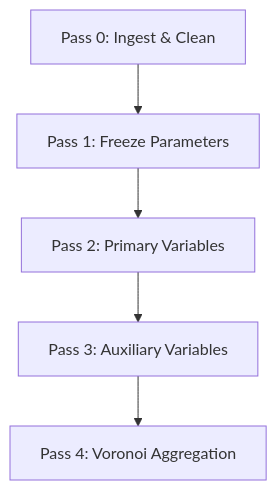
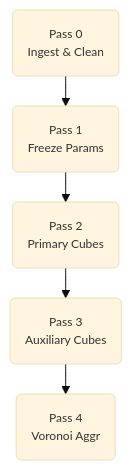
The diagram in docs/decisions/ADR-00008-weather-imputation-dag-and-anti-leakage-.md (CamiloEmiliano/ercot-voronoi-load), drawn with Mermaid before and after one commit.

Commit message:
Configure Mermaid flowchart theme and padding in ADR-00008

````diff
--- a/docs/decisions/ADR-00008-weather-imputation-dag-and-anti-leakage-.md
+++ b/docs/decisions/ADR-00008-weather-imputation-dag-and-anti-leakage-.md
@@ -37,10 +37,11 @@
 ```mermaid
+%%{init: {'theme': 'base', 'themeVariables': { 'fontSize': '12px' }, 'flowchart': { 'nodeSpacing': 20, 'rankSpacing': 30, 'padding': 15 }}}%%
 flowchart TD
-    P0["Pass 0: Ingest & Clean"]
-    P1["Pass 1: Freeze Parameters"]
-    P2["Pass 2: Primary Variables"]
-    P3["Pass 3: Auxiliary Variables"]
-    P4["Pass 4: Voronoi Aggregation"]
+    P0("Pass 0<br/>Ingest & Clean")
+    P1("Pass 1<br/>Freeze Params")
+    P2("Pass 2<br/>Primary Cubes")
+    P3("Pass 3<br/>Auxiliary Cubes")
+    P4("Pass 4<br/>Voronoi Aggr")
 
     P0 --> P1 --> P2 --> P3 --> P4
 ```
````
